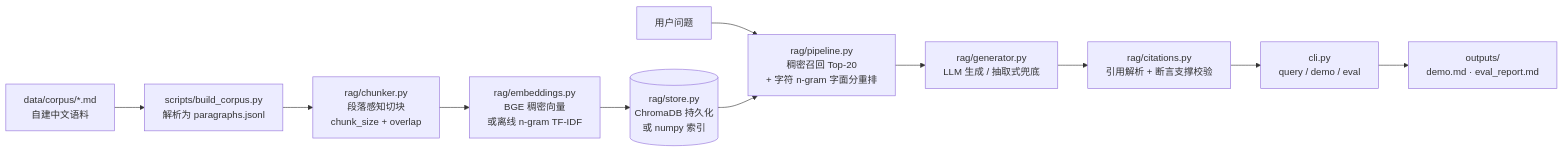
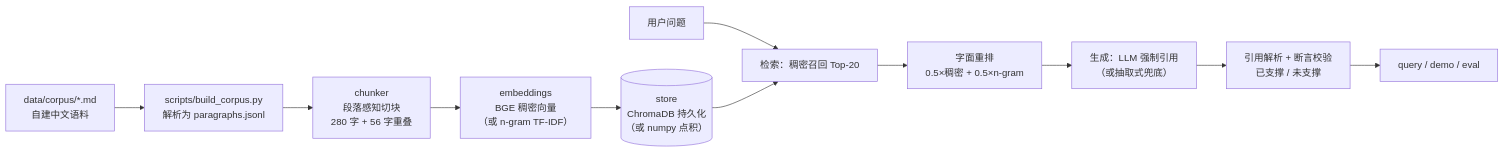
Before and after one commit to Jamorlant/minimal-rag-cn: the diagram in README.md, drawn with Mermaid. The commit also changed other lines of this file and 31 other files, not shown here.

````diff
--- a/README.md
+++ b/README.md
@@ -16,13 +39,13 @@
 ```mermaid
 flowchart LR
-    A[data/corpus/*.md<br/>自建中文语料] --> B[scripts/build_corpus.py<br/>解析为 paragraphs.jsonl]
-    B --> C[rag/chunker.py<br/>段落感知切块<br/>chunk_size + overlap]
-    C --> D[rag/embeddings.py<br/>BGE 稠密向量<br/>或离线 n-gram TF-IDF]
-    D --> E[(rag/store.py<br/>ChromaDB 持久化<br/>或 numpy 索引)]
-    Q[用户问题] --> F[rag/pipeline.py<br/>稠密召回 Top-20<br/>+ 字符 n-gram 字面分重排]
-    E --> F
-    F --> G[rag/generator.py<br/>LLM 生成 / 抽取式兜底]
-    G --> H[rag/citations.py<br/>引用解析 + 断言支撑校验]
-    H --> I[cli.py<br/>query / demo / eval]
-    I --> J[outputs/<br/>demo.md · eval_report.md]
+    A["data/corpus/*.md<br/>自建中文语料"] --> B["scripts/build_corpus.py<br/>解析为 paragraphs.jsonl"]
+    B --> C["chunker<br/>段落感知切块<br/>280 字 + 56 字重叠"]
+    C --> D["embeddings<br/>BGE 稠密向量<br/>（或 n-gram TF-IDF）"]
+    D --> E[("store<br/>ChromaDB 持久化<br/>（或 numpy 点积）")]
+    Q["用户问题"] --> R["检索：稠密召回 Top-20"]
+    E --> R
+    R --> S["字面重排<br/>0.5×稠密 + 0.5×n-gram"]
+    S --> G["生成：LLM 强制引用<br/>（或抽取式兜底）"]
+    G --> V["引用解析 + 断言校验<br/>已支撑 / 未支撑"]
+    V --> O["query / demo / eval"]
 ```
````
